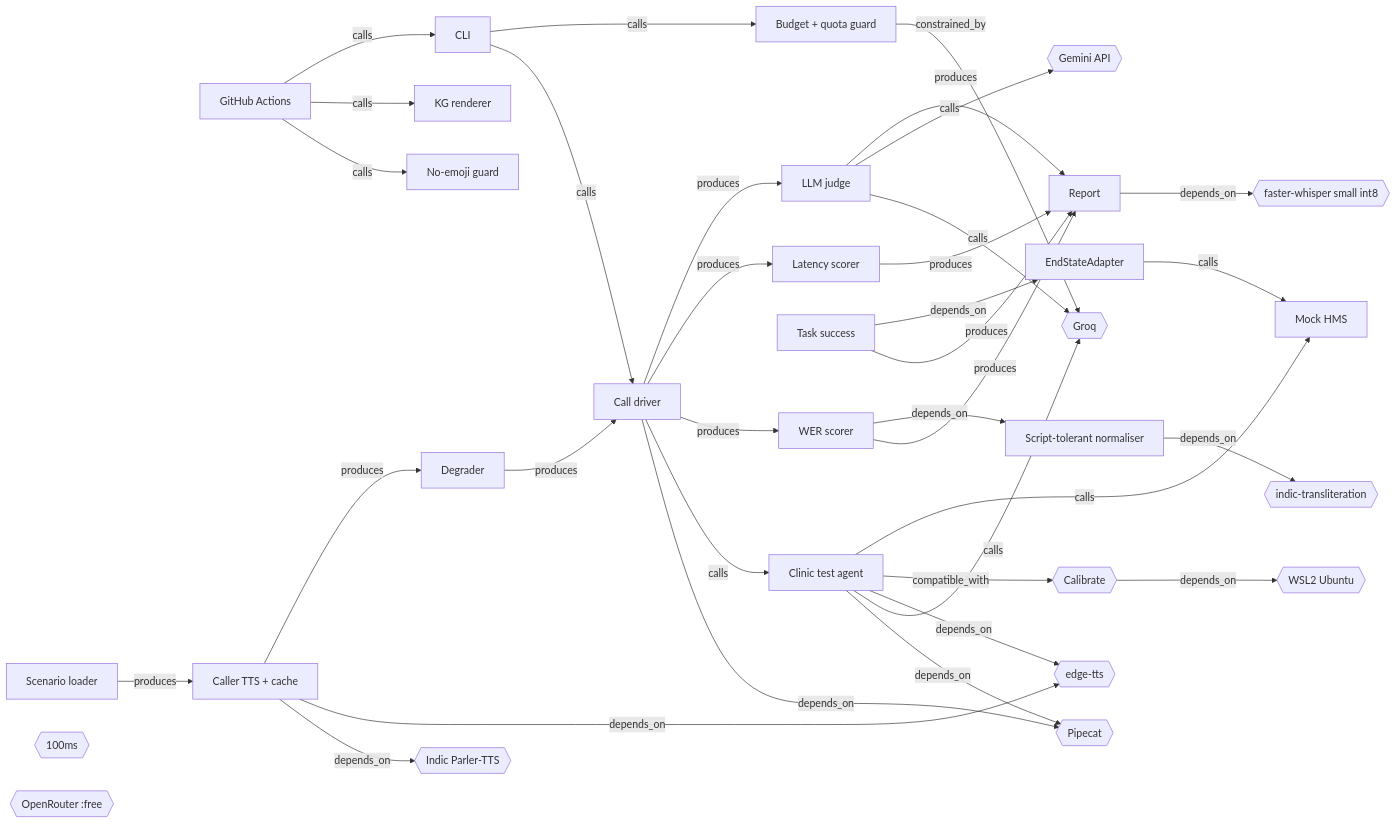
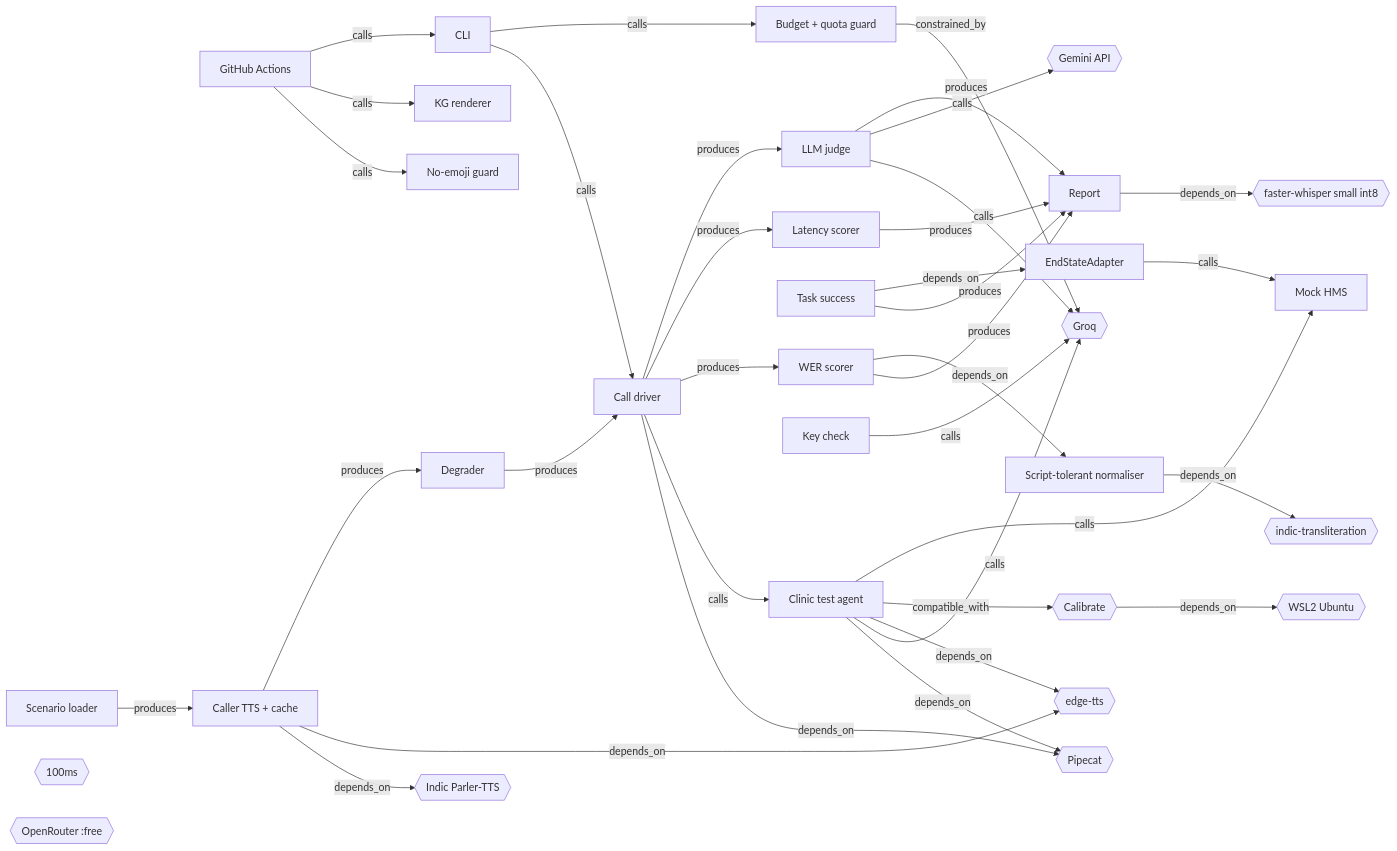
The first of 3 diagrams in docs/kg/README.md (yatinannam/parakh), drawn with Mermaid before and after one commit. The commit also changed other lines of this file and 4 other files, not shown here.

Commit message:
feat(tools): add Groq key check and API key runbook

````diff
--- a/docs/kg/README.md
+++ b/docs/kg/README.md
@@ -22,65 +22,67 @@
 ```mermaid
 flowchart LR
   budget["Budget + quota guard"]
   call_driver["Call driver"]
   ci["GitHub Actions"]
   cli["CLI"]
   degrader["Degrader"]
   end_state_adapter["EndStateAdapter"]
   judge["LLM judge"]
   mock_hms["Mock HMS"]
   normalizer["Script-tolerant normaliser"]
   report["Report"]
   scenario["Scenario loader"]
   score_latency["Latency scorer"]
   score_task["Task success"]
   score_wer["WER scorer"]
+  t_check_keys["Key check"]
   t_kg_render["KG renderer"]
   t_no_emoji["No-emoji guard"]
   test_agent["Clinic test agent"]
   tts_cache["Caller TTS + cache"]
   x_100ms{{"100ms"}}
   x_calibrate{{"Calibrate"}}
   x_edge_tts{{"edge-tts"}}
   x_gemini{{"Gemini API"}}
   x_groq{{"Groq"}}
   x_indic_translit{{"indic-transliteration"}}
   x_openrouter{{"OpenRouter :free"}}
   x_parler{{"Indic Parler-TTS"}}
   x_pipecat{{"Pipecat"}}
   x_whisper{{"faster-whisper small int8"}}
   x_wsl{{"WSL2 Ubuntu"}}
   budget -->|constrained_by| x_groq
   call_driver -->|produces| judge
   call_driver -->|produces| score_latency
   call_driver -->|produces| score_wer
   call_driver -->|calls| test_agent
   call_driver -->|depends_on| x_pipecat
   ci -->|calls| cli
   ci -->|calls| t_kg_render
   ci -->|calls| t_no_emoji
   cli -->|calls| budget
   cli -->|calls| call_driver
   degrader -->|produces| call_driver
   end_state_adapter -->|calls| mock_hms
   judge -->|produces| report
   judge -->|calls| x_gemini
   judge -->|calls| x_groq
   normalizer -->|depends_on| x_indic_translit
   report -->|depends_on| x_whisper
   scenario -->|produces| tts_cache
   score_latency -->|produces| report
   score_task -->|depends_on| end_state_adapter
   score_task -->|produces| report
   score_wer -->|depends_on| normalizer
   score_wer -->|produces| report
+  t_check_keys -->|calls| x_groq
   test_agent -->|calls| mock_hms
   test_agent -->|compatible_with| x_calibrate
   test_agent -->|depends_on| x_edge_tts
   test_agent -->|calls| x_groq
   test_agent -->|depends_on| x_pipecat
   tts_cache -->|produces| degrader
   tts_cache -->|depends_on| x_edge_tts
   tts_cache -->|depends_on| x_parler
   x_calibrate -->|depends_on| x_wsl
 ```
````
